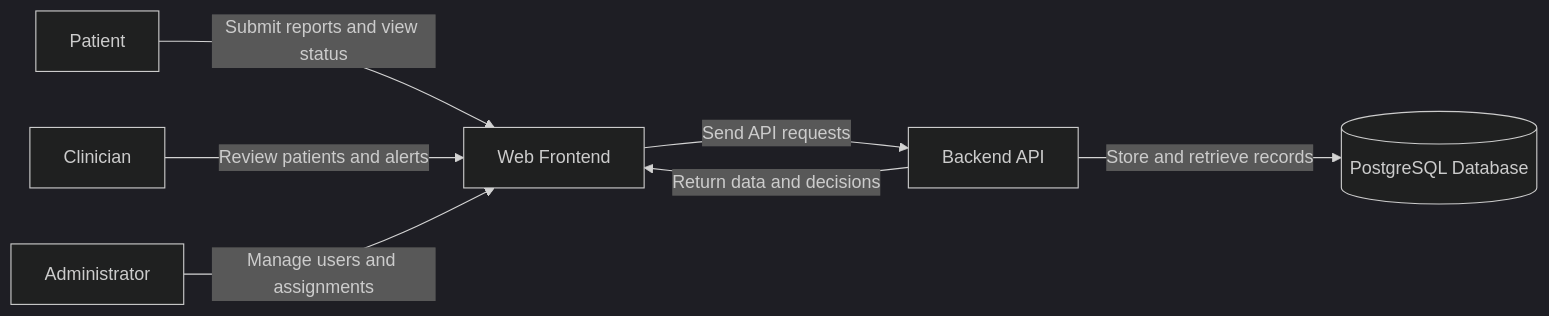
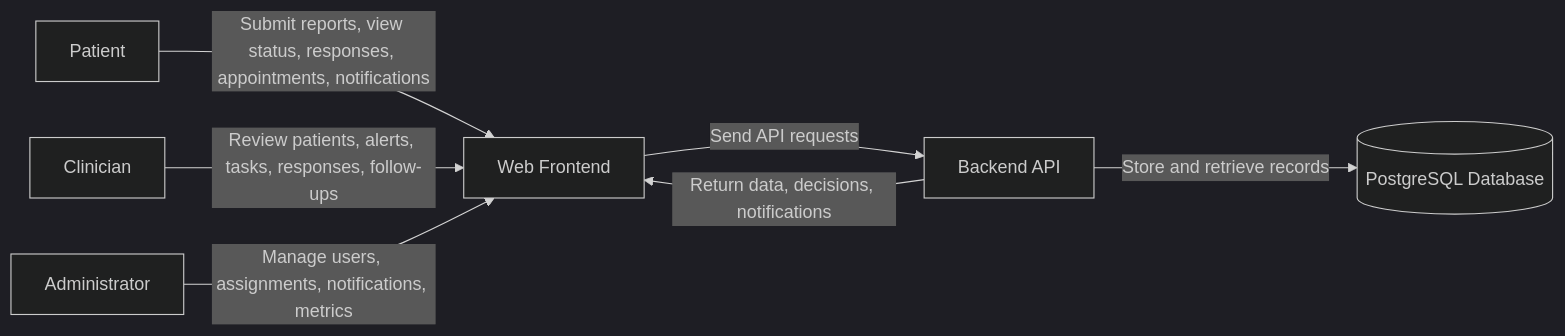
One commit to Mkayzw/backend changed the first of 2 diagrams in 4.4.1_context_and_dfd.md. Above: the diagram before and after it, drawn with Mermaid (dark theme). The commit also changed other lines of this file and 53 other files, not shown here.

````diff
--- a/4.4.1_context_and_dfd.md
+++ b/4.4.1_context_and_dfd.md
@@ -7,17 +7,17 @@
 ```mermaid
 flowchart LR
     Patient[Patient]
     Clinician[Clinician]
     Admin[Administrator]
     Frontend[Web Frontend]
     Backend[Backend API]
     Database[(PostgreSQL Database)]
 
-    Patient -->|Submit reports and view status| Frontend
-    Clinician -->|Review patients and alerts| Frontend
-    Admin -->|Manage users and assignments| Frontend
+    Patient -->|Submit reports, view status, responses, appointments, notifications| Frontend
+    Clinician -->|Review patients, alerts, tasks, responses, follow-ups| Frontend
+    Admin -->|Manage users, assignments, notifications, metrics| Frontend
 
     Frontend -->|Send API requests| Backend
-    Backend -->|Return data and decisions| Frontend
+    Backend -->|Return data, decisions, notifications| Frontend
     Backend -->|Store and retrieve records| Database
 ```
````
